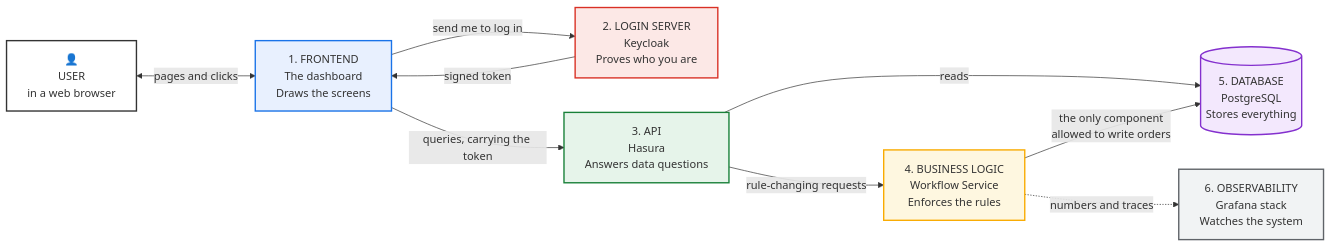
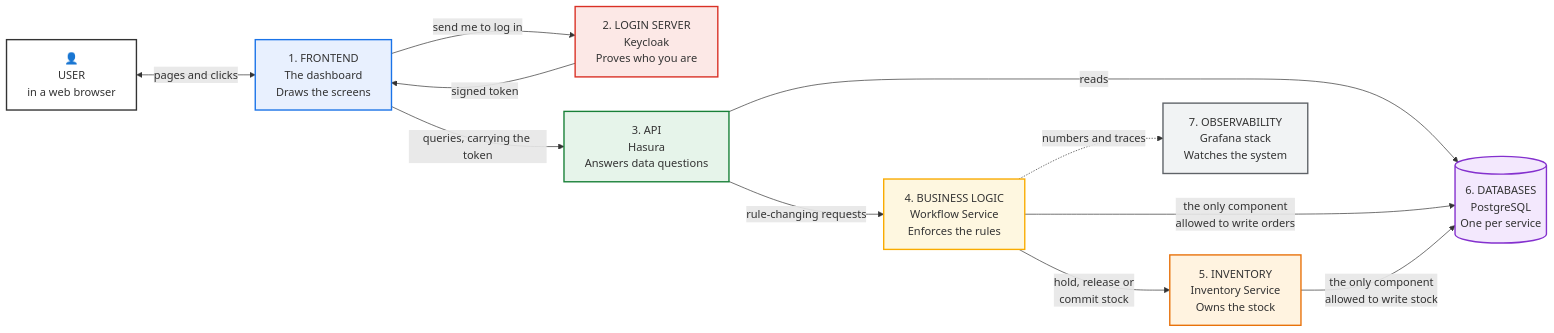
Before and after one commit to harishbala1o/ecommerce-orderflow: the first of 16 diagrams in docs/ARCHITECTURE.md, drawn with Mermaid. The commit also changed other lines of this file and 12 other files, not shown here.

````diff
--- a/docs/ARCHITECTURE.md
+++ b/docs/ARCHITECTURE.md
@@ -170,27 +171,31 @@
 ```mermaid
 flowchart LR
     U["👤<br/>USER<br/>in a web browser"]
     F["1. FRONTEND<br/>The dashboard<br/>Draws the screens"]
     A["2. LOGIN SERVER<br/>Keycloak<br/>Proves who you are"]
     G["3. API<br/>Hasura<br/>Answers data questions"]
     B["4. BUSINESS LOGIC<br/>Workflow Service<br/>Enforces the rules"]
-    D[("5. DATABASE<br/>PostgreSQL<br/>Stores everything")]
-    O["6. OBSERVABILITY<br/>Grafana stack<br/>Watches the system"]
+    I["5. INVENTORY<br/>Inventory Service<br/>Owns the stock"]
+    D[("6. DATABASES<br/>PostgreSQL<br/>One per service")]
+    O["7. OBSERVABILITY<br/>Grafana stack<br/>Watches the system"]
 
     U <-->|"pages and clicks"| F
     F -->|"send me to log in"| A
     A -->|"signed token"| F
     F -->|"queries, carrying the token"| G
     G -->|"reads"| D
     G -->|"rule-changing requests"| B
     B -->|"the only component<br/>allowed to write orders"| D
+    B -->|"hold, release or<br/>commit stock"| I
+    I -->|"the only component<br/>allowed to write stock"| D
     B -.->|"numbers and traces"| O
 
     style U fill:#fff,stroke:#333,stroke-width:2px
     style F fill:#e8f0fe,stroke:#1a73e8,stroke-width:2px
     style A fill:#fce8e6,stroke:#d93025,stroke-width:2px
     style G fill:#e6f4ea,stroke:#188038,stroke-width:2px
     style B fill:#fef7e0,stroke:#f9ab00,stroke-width:2px
+    style I fill:#fff3e0,stroke:#e8710a,stroke-width:2px
     style D fill:#f3e8fd,stroke:#8430ce,stroke-width:2px
     style O fill:#f1f3f4,stroke:#5f6368,stroke-width:2px
 ```
````
